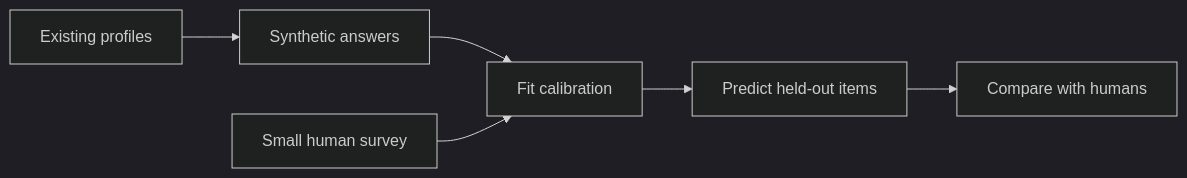
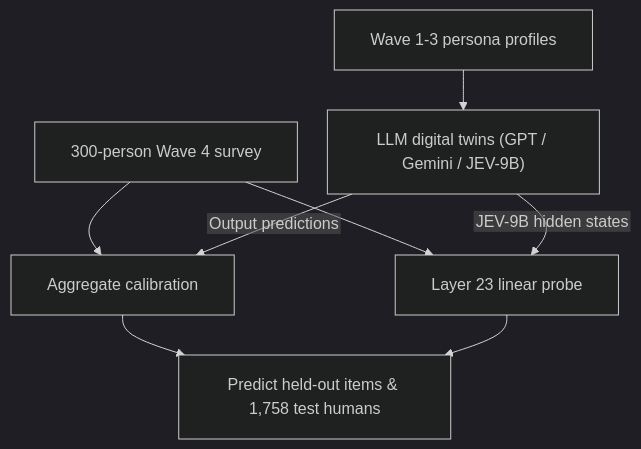
One commit to iamsusiep/popsim changed the diagram in README.md. Above: the diagram before and after it, drawn with Mermaid (dark theme). The commit also changed other lines of this file and 7 other files, not shown here.

Commit message:
Add JEV-9B hidden-state probing, PC interpretation, and updated docs

````diff
--- a/README.md
+++ b/README.md
@@ -23,8 +43,11 @@
 ```mermaid
-flowchart LR
-    A[Existing profiles] --> B[Synthetic answers]
-    B --> D[Fit calibration]
-    C[Small human survey] --> D
-    D --> E[Predict held-out items]
-    E --> F[Compare with humans]
+%%{init: {"flowchart": {"htmlLabels": false, "padding": 18, "nodeSpacing": 30, "rankSpacing": 40}}}%%
+flowchart TD
+    A["Wave 1-3 persona profiles"] --> B["LLM digital twins (GPT / Gemini / JEV-9B)"]
+    C["300-person Wave 4 survey"] --> D["Aggregate calibration"]
+    C --> E["Layer 23 linear probe"]
+    B -->|"Output predictions"| D
+    B -->|"JEV-9B hidden states"| E
+    D --> F["Predict held-out items & 1,758 test humans"]
+    E --> F
 ```
````
